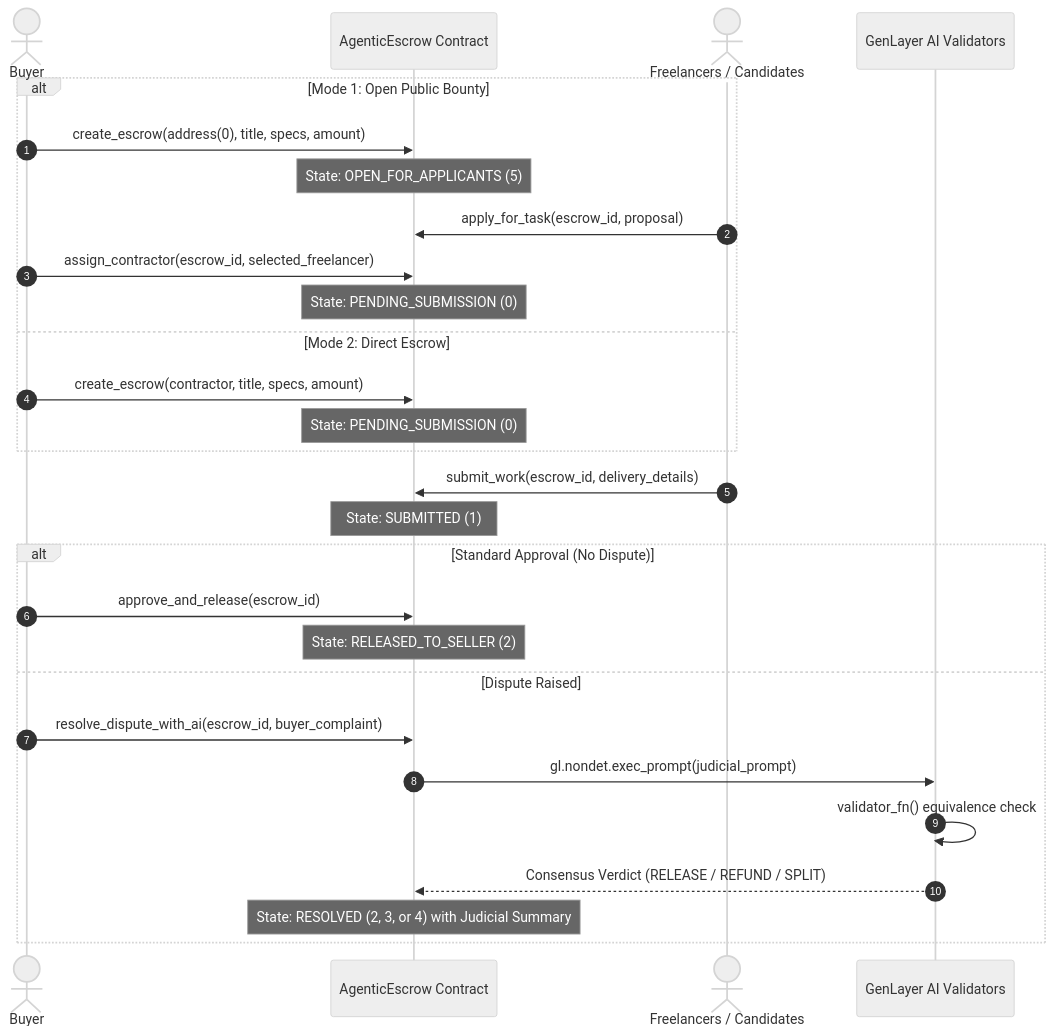
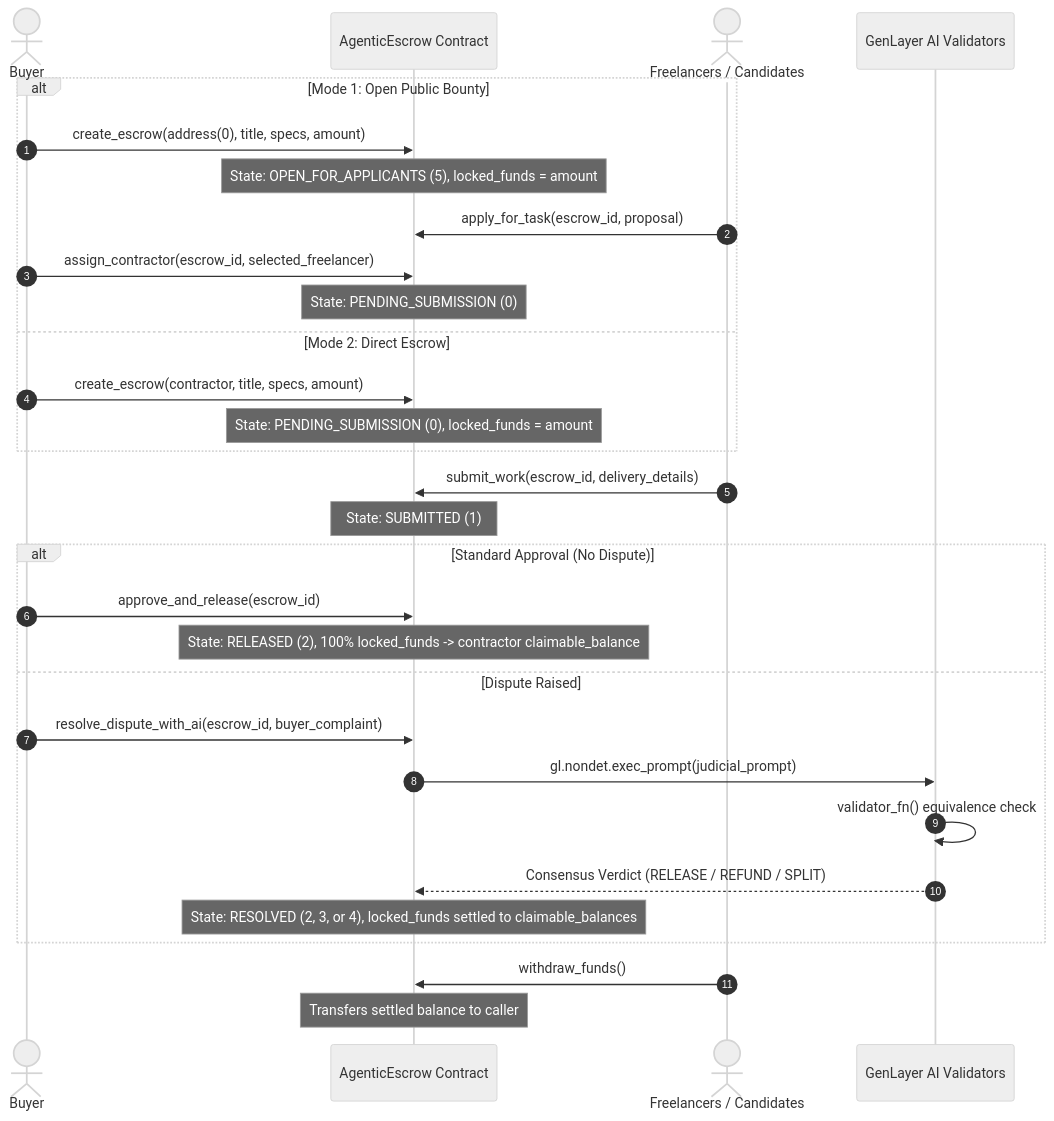
One commit to sinascorpion/genlayer-agentic-escrow changed the diagram in README.md. Above: the diagram before and after it, drawn with Mermaid (neutral theme). The commit also changed other lines of this file and 5 other files, not shown here.

````diff
--- a/README.md
+++ b/README.md
@@ -74,33 +76,36 @@
 ```mermaid
 sequenceDiagram
     autonumber
     actor Buyer as Buyer
     participant Contract as AgenticEscrow Contract
     actor Freelancer as Freelancers / Candidates
     participant Validators as GenLayer AI Validators
 
     alt Mode 1: Open Public Bounty
         Buyer->>Contract: create_escrow(address(0), title, specs, amount)
-        Note over Contract: State: OPEN_FOR_APPLICANTS (5)
+        Note over Contract: State: OPEN_FOR_APPLICANTS (5), locked_funds = amount
         Freelancer->>Contract: apply_for_task(escrow_id, proposal)
         Buyer->>Contract: assign_contractor(escrow_id, selected_freelancer)
         Note over Contract: State: PENDING_SUBMISSION (0)
     else Mode 2: Direct Escrow
         Buyer->>Contract: create_escrow(contractor, title, specs, amount)
-        Note over Contract: State: PENDING_SUBMISSION (0)
+        Note over Contract: State: PENDING_SUBMISSION (0), locked_funds = amount
     end
     
     Freelancer->>Contract: submit_work(escrow_id, delivery_details)
     Note over Contract: State: SUBMITTED (1)
 
     alt Standard Approval (No Dispute)
         Buyer->>Contract: approve_and_release(escrow_id)
-        Note over Contract: State: RELEASED_TO_SELLER (2)
+        Note over Contract: State: RELEASED (2), 100% locked_funds -> contractor claimable_balance
     else Dispute Raised
         Buyer->>Contract: resolve_dispute_with_ai(escrow_id, buyer_complaint)
         Contract->>Validators: gl.nondet.exec_prompt(judicial_prompt)
         Validators->>Validators: validator_fn() equivalence check
         Validators-->>Contract: Consensus Verdict (RELEASE / REFUND / SPLIT)
-        Note over Contract: State: RESOLVED (2, 3, or 4) with Judicial Summary
+        Note over Contract: State: RESOLVED (2, 3, or 4), locked_funds settled to claimable_balances
     end
+
+    Freelancer->>Contract: withdraw_funds()
+    Note over Contract: Transfers settled balance to caller
 ```
````
